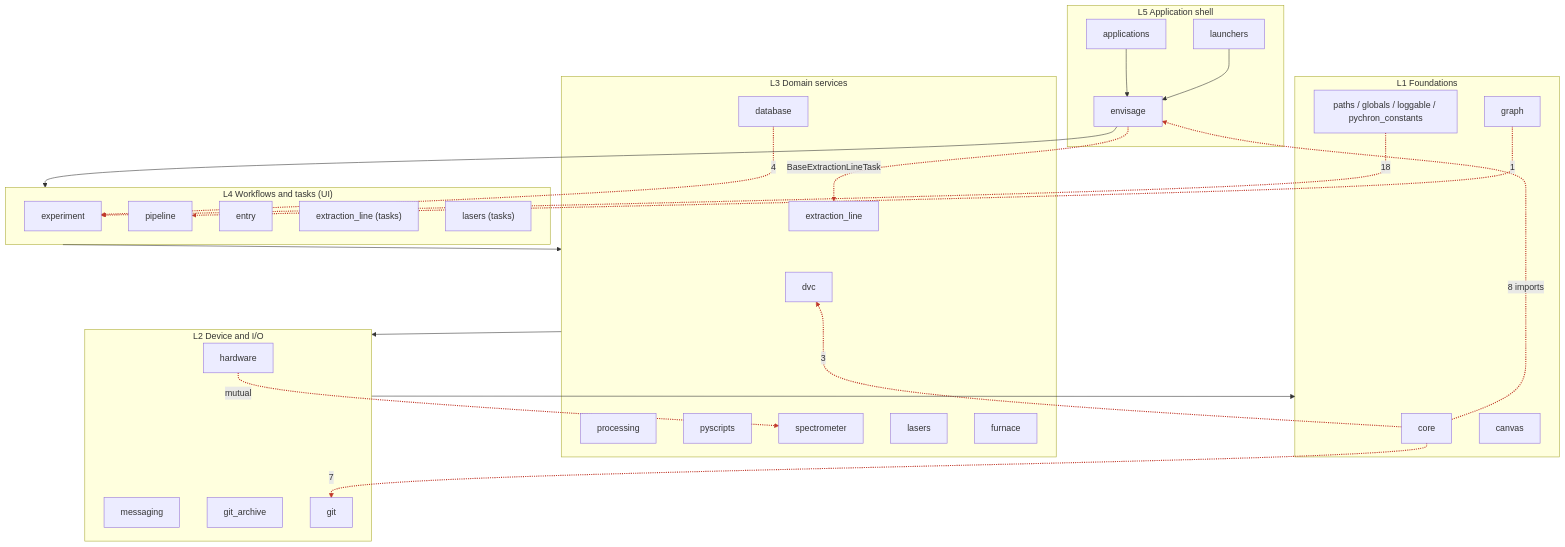
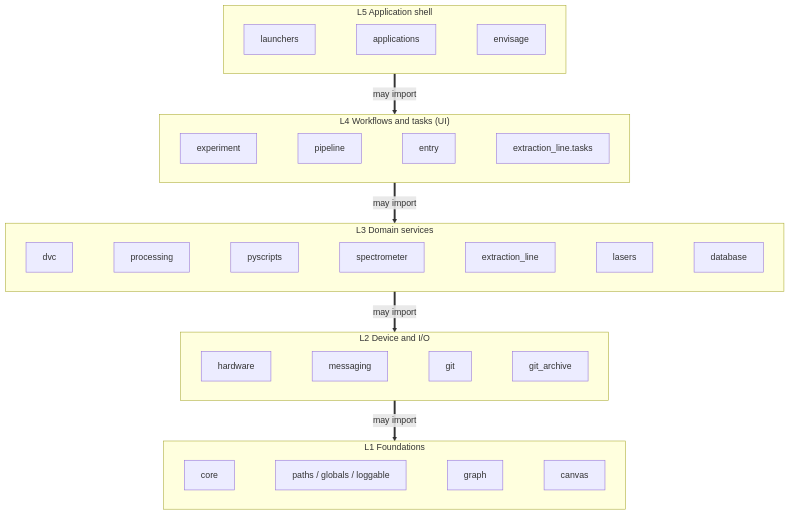
Before and after one commit to NMGRL/pychron: the first of 9 diagrams in docs/architecture/architecture-review-2026.md, drawn with Mermaid. The commit also changed other lines of this file and 9 other files, not shown here.

First line of the commit message:
docs: split layer diagram and add rendered diagram images

````diff
--- a/docs/architecture/architecture-review-2026.md
+++ b/docs/architecture/architecture-review-2026.md
@@ -94,50 +93,27 @@
 ```mermaid
 flowchart TB
     subgraph L5["L5 Application shell"]
-        launchers --> envisage
-        applications --> envisage
+        direction LR
+        launchers ~~~ applications ~~~ envisage
     end
     subgraph L4["L4 Workflows and tasks (UI)"]
-        experiment
-        pipeline
-        entry
-        extraction_line_tasks["extraction_line (tasks)"]
-        lasers_tasks["lasers (tasks)"]
+        direction LR
+        experiment ~~~ pipeline ~~~ entry ~~~ el_tasks["extraction_line.tasks"]
     end
     subgraph L3["L3 Domain services"]
-        dvc
-        processing
-        pyscripts
-        spectrometer
-        extraction_line
-        lasers
-        furnace
-        database
+        direction LR
+        dvc ~~~ processing ~~~ pyscripts ~~~ spectrometer ~~~ extraction_line ~~~ lasers ~~~ database
     end
     subgraph L2["L2 Device and I/O"]
-        hardware
-        messaging
-        git_archive
-        git
+        direction LR
+        hardware ~~~ messaging ~~~ git ~~~ git_archive
     end
     subgraph L1["L1 Foundations"]
-        core
-        root["paths / globals / loggable / pychron_constants"]
-        graph_pkg["graph"]
-        canvas
+        direction LR
+        core ~~~ root["paths / globals / loggable"] ~~~ graph_pkg["graph"] ~~~ canvas
     end
-    envisage --> L4
-    L4 --> L3
-    L3 --> L2
-    L2 --> L1
-
-    core -. "8 imports" .-> envisage
-    core -. "7" .-> git
-    core -. "3" .-> dvc
-    root -. "18" .-> experiment
-    envisage -. "BaseExtractionLineTask" .-> extraction_line
-    graph_pkg -. "1" .-> pipeline
-    hardware -. "mutual" .-> spectrometer
-    database -. "4" .-> experiment
-    linkStyle 6,7,8,9,10,11,12,13 stroke:#c0392b,stroke-width:2px
+    L5 ==>|may import| L4
+    L4 ==>|may import| L3
+    L3 ==>|may import| L2
+    L2 ==>|may import| L1
 ```
````
